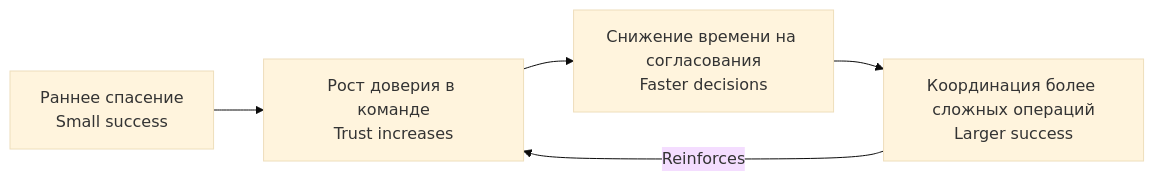
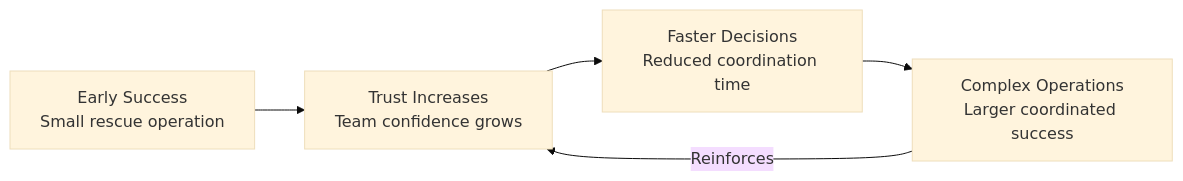
The second of 2 diagrams in docs/extended-guide-v1.0.en.md (P4blo0o0/neurostiv-framework), drawn with Mermaid (base theme) before and after one commit. The commit also changed other lines of this file, not shown here.

````diff
--- a/docs/extended-guide-v1.0.en.md
+++ b/docs/extended-guide-v1.0.en.md
@@ -140,7 +237,7 @@
-    ```mermaid
-    graph LR
-    A[Раннее спасение<br>Small success] --> B[Рост доверия в команде<br>Trust increases]
-    B --> C[Снижение времени на согласования<br>Faster decisions]
-    C --> D[Координация более сложных операций<br>Larger success]
-    D -->|Reinforces| B
-    ```
+```mermaid
+graph LR
+A[Early Success<br/>Small rescue operation] --> B[Trust Increases<br/>Team confidence grows]
+B --> C[Faster Decisions<br/>Reduced coordination time]
+C --> D[Complex Operations<br/>Larger coordinated success]
+D -->|Reinforces| B
+```
````
